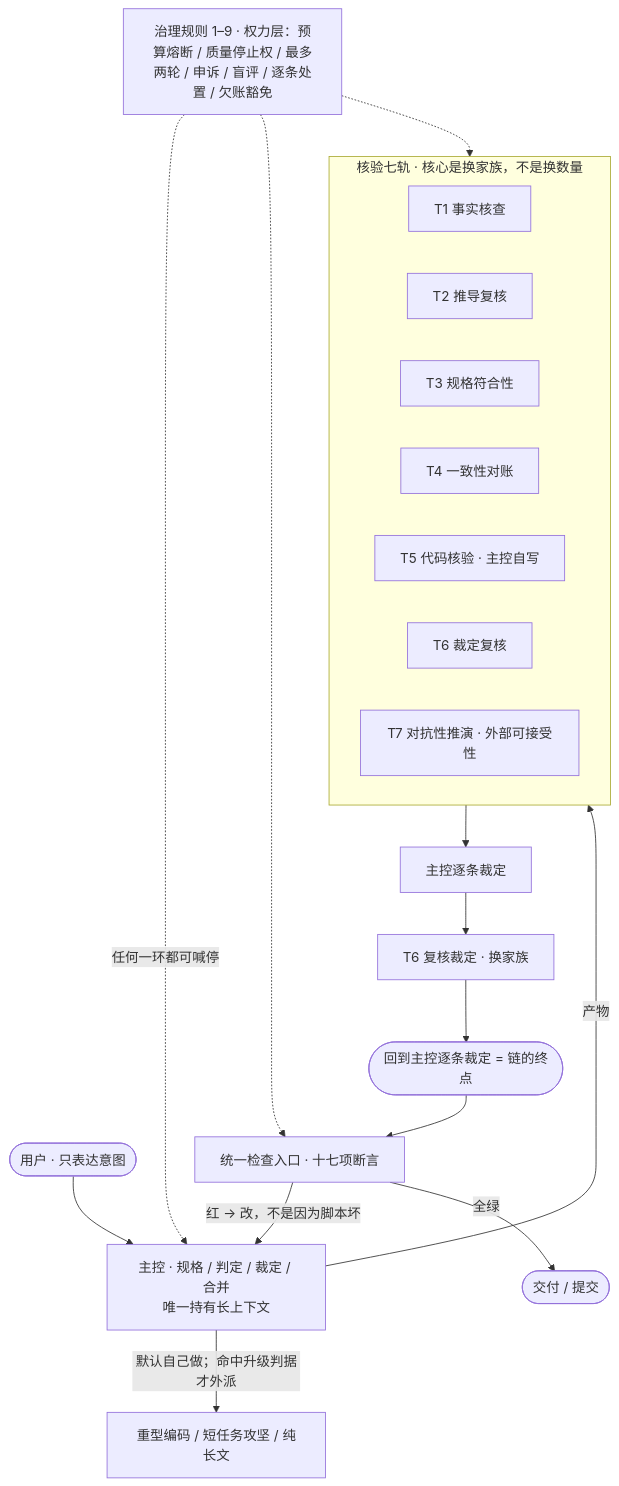
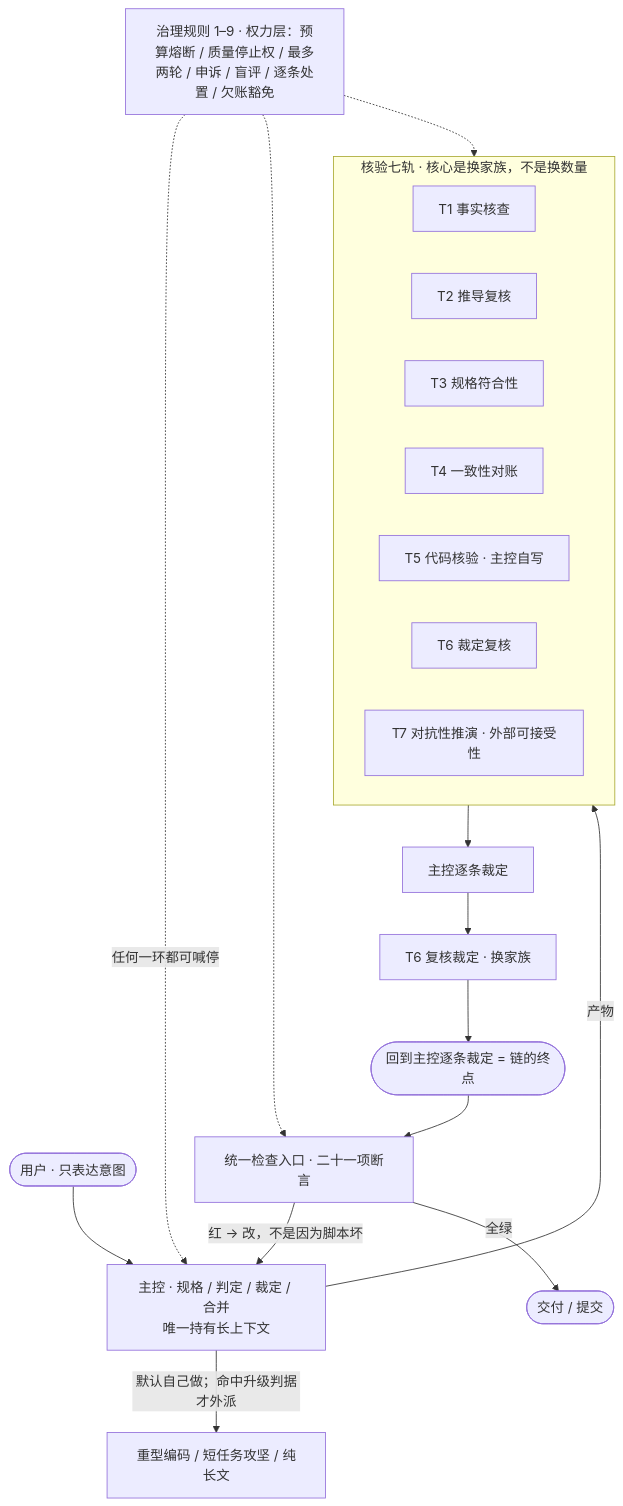
Before and after one commit to cty66699/dsh-ai-system: the diagram in README.md, drawn with Mermaid. The commit also changed other lines of this file and 27 other files, not shown here.

````diff
--- a/README.md
+++ b/README.md
@@ -276,29 +331,29 @@
 ```mermaid
 flowchart TB
   U(["用户 · 只表达意图"]) --> M["主控 · 规格 / 判定 / 裁定 / 合并<br/>唯一持有长上下文"]
   M -->|"默认自己做；命中升级判据才外派"| ESC["重型编码 / 短任务攻坚 / 纯长文"]
 
   subgraph V["核验七轨 · 核心是换家族，不是换数量"]
     direction LR
     T1["T1 事实核查"]
     T2["T2 推导复核"]
     T3["T3 规格符合性"]
     T4["T4 一致性对账"]
     T5["T5 代码核验 · 主控自写"]
     T6["T6 裁定复核"]
     T7["T7 对抗性推演 · 外部可接受性"]
   end
 
   M -->|"产物"| V
   V --> DISP["主控逐条裁定"]
   DISP --> T6R["T6 复核裁定 · 换家族"]
   T6R --> END(["回到主控逐条裁定 = 链的终点"])
-  END --> GATE["统一检查入口 · 十七项断言"]
+  END --> GATE["统一检查入口 · 二十一项断言"]
   GATE -->|"红 → 改，不是因为脚本坏"| M
   GATE -->|"全绿"| OUT(["交付 / 提交"])
 
   POWER["治理规则 1–9 · 权力层：预算熔断 / 质量停止权 / 最多两轮 / 申诉 / 盲评 / 逐条处置 / 欠账豁免"]
   POWER -.->|"任何一环都可喊停"| M
   POWER -.-> V
   POWER -.-> GATE
 ```
````
